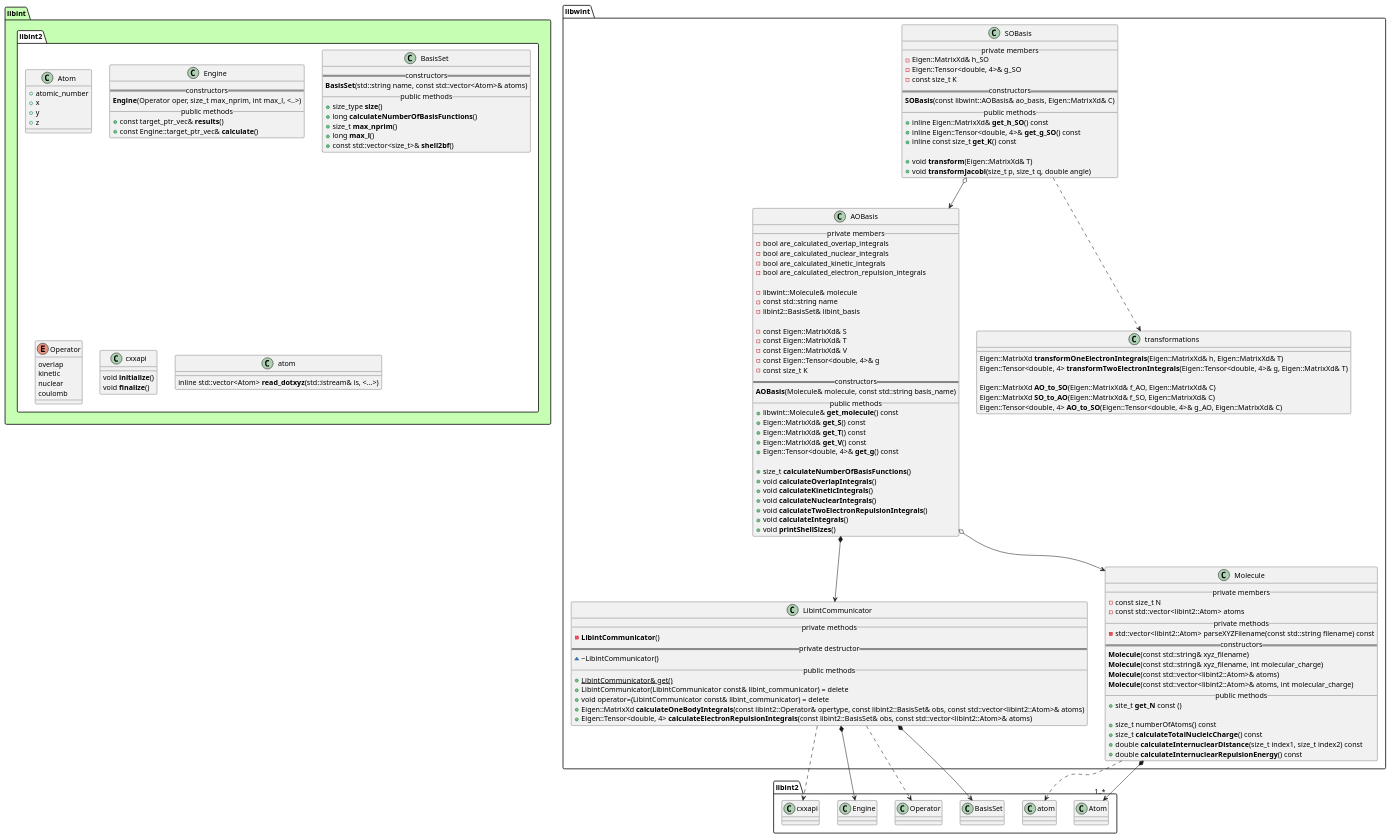
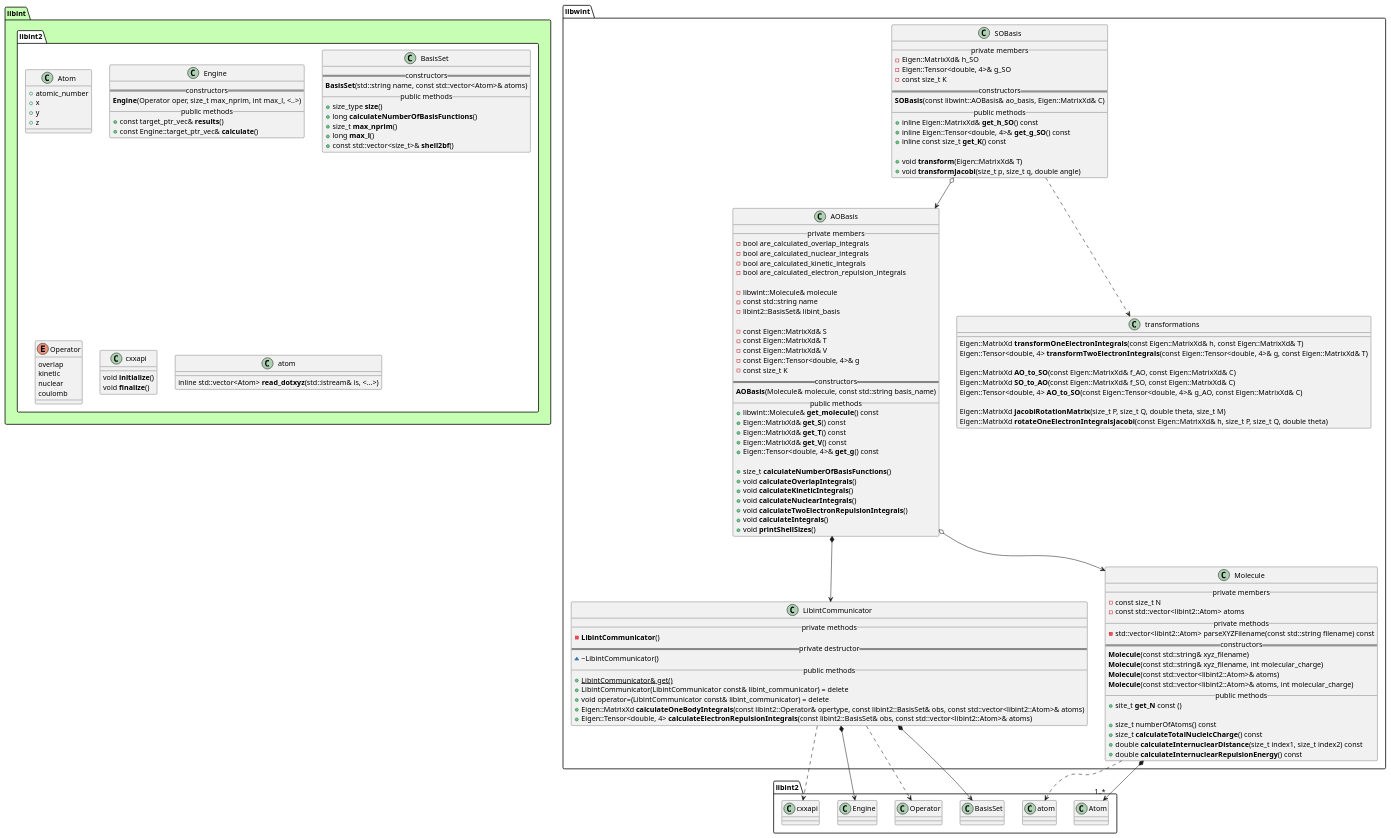
Before and after one commit to tmhuysen/libwint: the diagram in docs/libwint.puml, drawn with PlantUML. The commit also changed 4 other files, not shown here.

```diff
--- a/docs/libwint.puml
+++ b/docs/libwint.puml
@@ -1,171 +1,174 @@
 @startuml
 
 
 
 package libint #c6ffb3 {
     namespace libint2 #ffffff {
         class Atom {
             + atomic_number
             + x
             + y
             + z
         }
 
         class Engine {
             == constructors ==
                 **Engine**(Operator oper, size_t max_nprim, int max_l, <..>)
             __ public methods __
                 + const target_ptr_vec& **results**()
                 + const Engine::target_ptr_vec& **calculate**()
         }
 
         class BasisSet {
             == constructors ==
                 **BasisSet**(std::string name, const std::vector<Atom>& atoms)
             __ public methods __
                 + size_type **size**()
                 + long **calculateNumberOfBasisFunctions**()
                 + size_t **max_nprim**()
                 + long **max_l**()
                 + const std::vector<size_t>& **shell2bf**()
         }
 
         enum Operator {
             overlap
             kinetic
             nuclear
             coulomb
         }
 
         class cxxapi {
                 void **initialize**()
                 void **finalize**()
         }
 
         class atom {
             inline std::vector<Atom> **read_dotxyz**(std::istream& is, <...>)
         }
     }
 }
 
 
 
 
 namespace libwint {
 
     class AOBasis {
         __ private members __
             - bool are_calculated_overlap_integrals
             - bool are_calculated_nuclear_integrals
             - bool are_calculated_kinetic_integrals
             - bool are_calculated_electron_repulsion_integrals
 
             - libwint::Molecule& molecule
             - const std::string name
             - libint2::BasisSet& libint_basis
 
             - const Eigen::MatrixXd& S
             - const Eigen::MatrixXd& T
             - const Eigen::MatrixXd& V
             - const Eigen::Tensor<double, 4>& g
             - const size_t K
         == constructors ==
             **AOBasis**(Molecule& molecule, const std::string basis_name)
         __ public methods __
             + libwint::Molecule& **get_molecule**() const
             + Eigen::MatrixXd& **get_S**() const
             + Eigen::MatrixXd& **get_T**() const
             + Eigen::MatrixXd& **get_V**() const
             + Eigen::Tensor<double, 4>& **get_g**() const
 
             + size_t **calculateNumberOfBasisFunctions**()
             + void **calculateOverlapIntegrals**()
             + void **calculateKineticIntegrals**()
             + void **calculateNuclearIntegrals**()
             + void **calculateTwoElectronRepulsionIntegrals**()
             + void **calculateIntegrals**()
             + void **printShellSizes**()
     }
 
 
     class SOBasis {
         __ private members __
             - Eigen::MatrixXd& h_SO
             - Eigen::Tensor<double, 4>& g_SO
             - const size_t K
         == constructors ==
             **SOBasis**(const libwint::AOBasis& ao_basis, Eigen::MatrixXd& C)
         __ public methods __
             + inline Eigen::MatrixXd& **get_h_SO**() const
             + inline Eigen::Tensor<double, 4>& **get_g_SO**() const
             + inline const size_t **get_K**() const
 
             + void **transform**(Eigen::MatrixXd& T)
             + void **transformJacobi**(size_t p, size_t q, double angle)
     }
 
 
     class transformations {
-            Eigen::MatrixXd **transformOneElectronIntegrals**(Eigen::MatrixXd& h, Eigen::MatrixXd& T)
-            Eigen::Tensor<double, 4> **transformTwoElectronIntegrals**(Eigen::Tensor<double, 4>& g, Eigen::MatrixXd& T)
+            Eigen::MatrixXd **transformOneElectronIntegrals**(const Eigen::MatrixXd& h, const Eigen::MatrixXd& T)
+            Eigen::Tensor<double, 4> **transformTwoElectronIntegrals**(const Eigen::Tensor<double, 4>& g, const Eigen::MatrixXd& T)
 
-            Eigen::MatrixXd **AO_to_SO**(Eigen::MatrixXd& f_AO, Eigen::MatrixXd& C)
-            Eigen::MatrixXd **SO_to_AO**(Eigen::MatrixXd& f_SO, Eigen::MatrixXd& C)
-            Eigen::Tensor<double, 4> **AO_to_SO**(Eigen::Tensor<double, 4>& g_AO, Eigen::MatrixXd& C)
+            Eigen::MatrixXd **AO_to_SO**(const Eigen::MatrixXd& f_AO, const Eigen::MatrixXd& C)
+            Eigen::MatrixXd **SO_to_AO**(const Eigen::MatrixXd& f_SO, const Eigen::MatrixXd& C)
+            Eigen::Tensor<double, 4> **AO_to_SO**(const Eigen::Tensor<double, 4>& g_AO, const Eigen::MatrixXd& C)
+
+            Eigen::MatrixXd **jacobiRotationMatrix**(size_t P, size_t Q, double theta, size_t M)
+            Eigen::MatrixXd **rotateOneElectronIntegralsJacobi**(const Eigen::MatrixXd& h, size_t P, size_t Q, double theta)
     }
 
 
     class LibintCommunicator {
         __ private methods __
             - **LibintCommunicator**()
         == private destructor ==
             ~ ~LibintCommunicator()
         __ public methods __
             + {static} LibintCommunicator& get()
             + LibintCommunicator(LibintCommunicator const& libint_communicator) = delete
             + void operator=(LibintCommunicator const& libint_communicator) = delete
             + Eigen::MatrixXd **calculateOneBodyIntegrals**(const libint2::Operator& opertype, const libint2::BasisSet& obs, const std::vector<libint2::Atom>& atoms)
             + Eigen::Tensor<double, 4> **calculateElectronRepulsionIntegrals**(const libint2::BasisSet& obs, const std::vector<libint2::Atom>& atoms)
     }
 
 
     class Molecule {
         __ private members __
             - const size_t N
             - const std::vector<libint2::Atom> atoms
         __ private methods __
             - std::vector<libint2::Atom> parseXYZFilename(const std::string filename) const
         == constructors ==
             **Molecule**(const std::string& xyz_filename)
             **Molecule**(const std::string& xyz_filename, int molecular_charge)
             **Molecule**(const std::vector<libint2::Atom>& atoms)
             **Molecule**(const std::vector<libint2::Atom>& atoms, int molecular_charge)
         __ public methods __
             + site_t **get_N** const ()
 
             + size_t numberOfAtoms() const
             + size_t **calculateTotalNucleicCharge**() const
             + double **calculateInternuclearDistance**(size_t index1, size_t index2) const
             + double **calculateInternuclearRepulsionEnergy**() const
     }
 
 }
 
 
 
 libwint.AOBasis o--> libwint.Molecule
 libwint.AOBasis *--> libwint.LibintCommunicator
 
 libwint.LibintCommunicator *--> libint2.BasisSet
 libwint.LibintCommunicator ..> libint2.Operator
 libwint.LibintCommunicator *--> libint2.Engine
 libwint.LibintCommunicator ..> libint2.cxxapi
 
 libwint.Molecule *--> "1..*" libint2.Atom
 libwint.Molecule ..> libint2.atom
 
 libwint.SOBasis ..> libwint.transformations
 libwint.SOBasis o--> libwint.AOBasis
 
 
 @enduml
```
